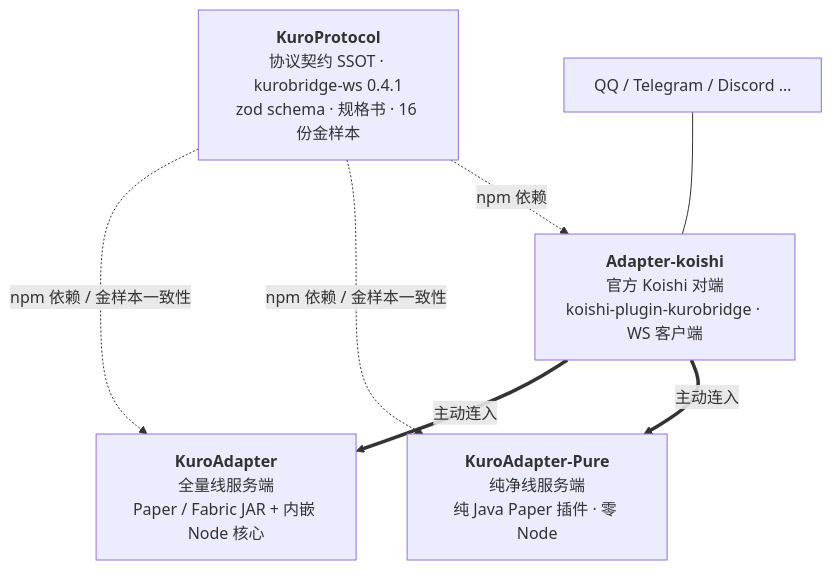
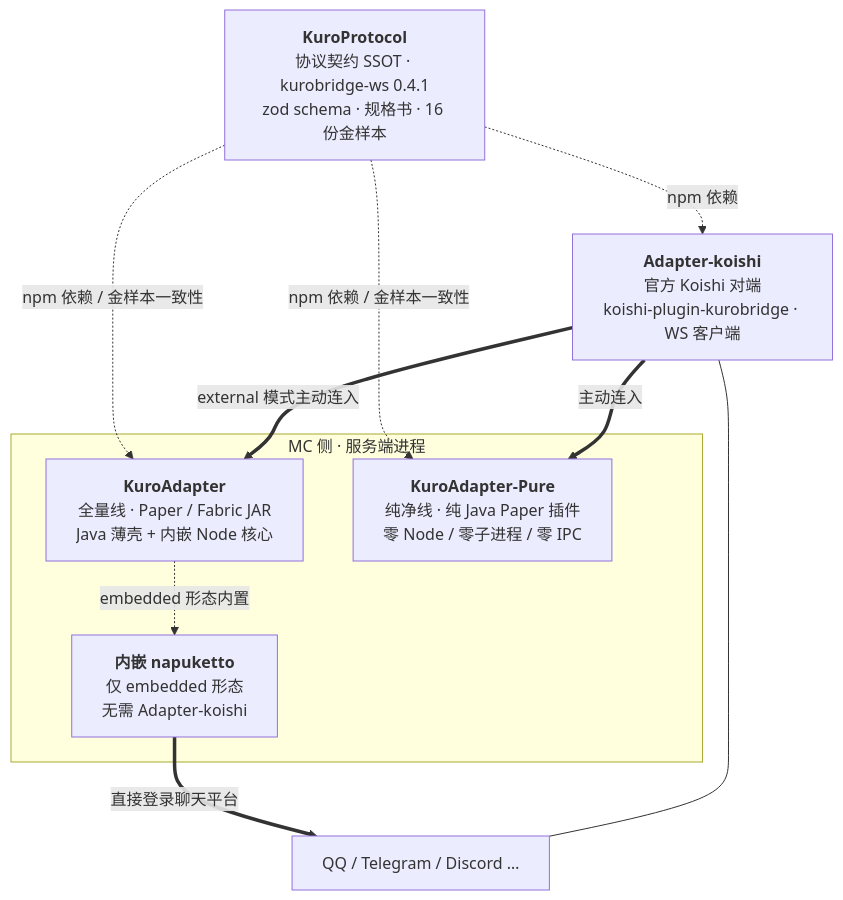
Before and after one commit to Kuro-Bridge/.github: the diagram in profile/README.md, drawn with Mermaid. The commit also changed other lines of this file, not shown here.

Commit message:
docs: 补充 KuroAdapter embedded 内嵌 napuketto 形态说明

````diff
--- a/profile/README.md
+++ b/profile/README.md
@@ -42,15 +42,22 @@
 ```mermaid
 flowchart TB
     Proto["<b>KuroProtocol</b><br/>协议契约 SSOT · kurobridge-ws 0.4.1<br/>zod schema · 规格书 · 16 份金样本"]
-    Full["<b>KuroAdapter</b><br/>全量线服务端<br/>Paper / Fabric JAR + 内嵌 Node 核心"]
-    Pure["<b>KuroAdapter-Pure</b><br/>纯净线服务端<br/>纯 Java Paper 插件 · 零 Node"]
+
+    subgraph MC["MC 侧 · 服务端进程"]
+        Full["<b>KuroAdapter</b><br/>全量线 · Paper / Fabric JAR<br/>Java 薄壳 + 内嵌 Node 核心"]
+        Nap["<b>内嵌 napuketto</b><br/>仅 embedded 形态<br/>无需 Adapter-koishi"]
+        Pure["<b>KuroAdapter-Pure</b><br/>纯净线 · 纯 Java Paper 插件<br/>零 Node / 零子进程 / 零 IPC"]
+        Full -.->|embedded 形态内置| Nap
+    end
+
     Peer["<b>Adapter-koishi</b><br/>官方 Koishi 对端<br/>koishi-plugin-kurobridge · WS 客户端"]
     Chat["QQ / Telegram / Discord …"]
 
     Proto -.->|npm 依赖 / 金样本一致性| Full
     Proto -.->|npm 依赖 / 金样本一致性| Pure
     Proto -.->|npm 依赖| Peer
-    Peer ==>|主动连入| Full
+    Nap ==>|直接登录聊天平台| Chat
+    Peer ==>|external 模式主动连入| Full
     Peer ==>|主动连入| Pure
-    Chat --- Peer
+    Peer --- Chat
 ```
````
